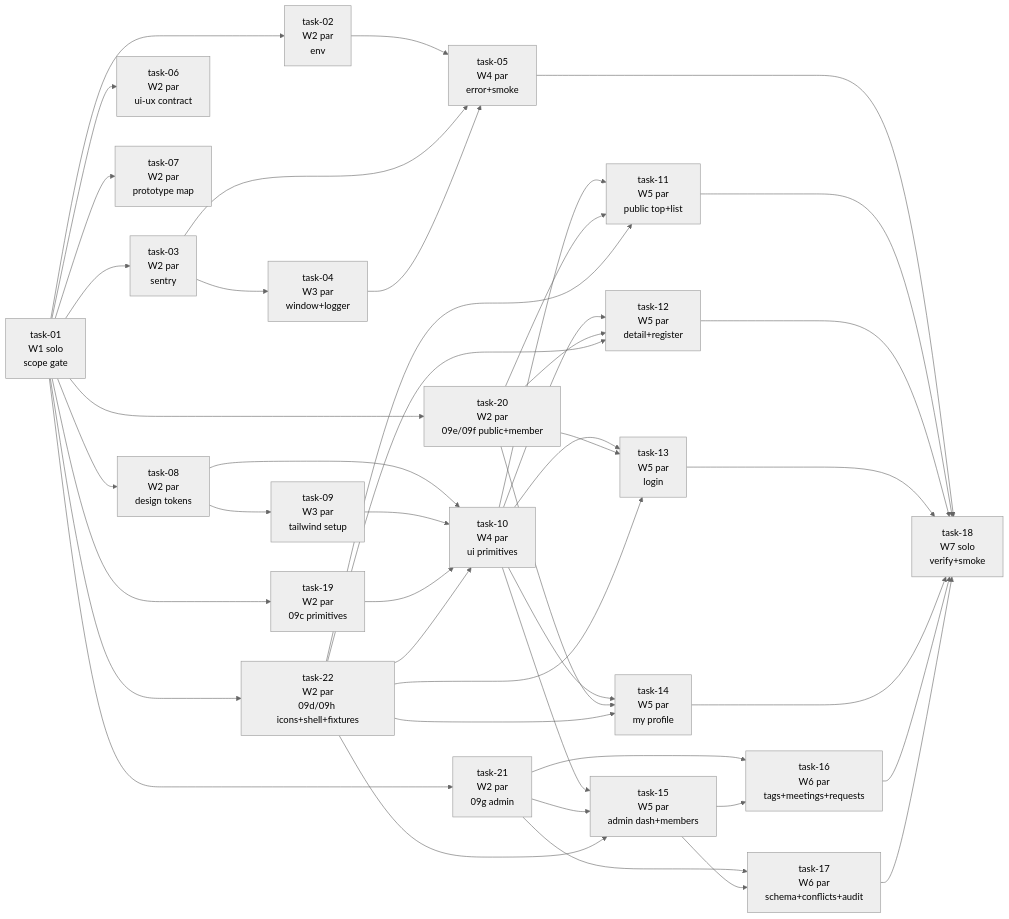
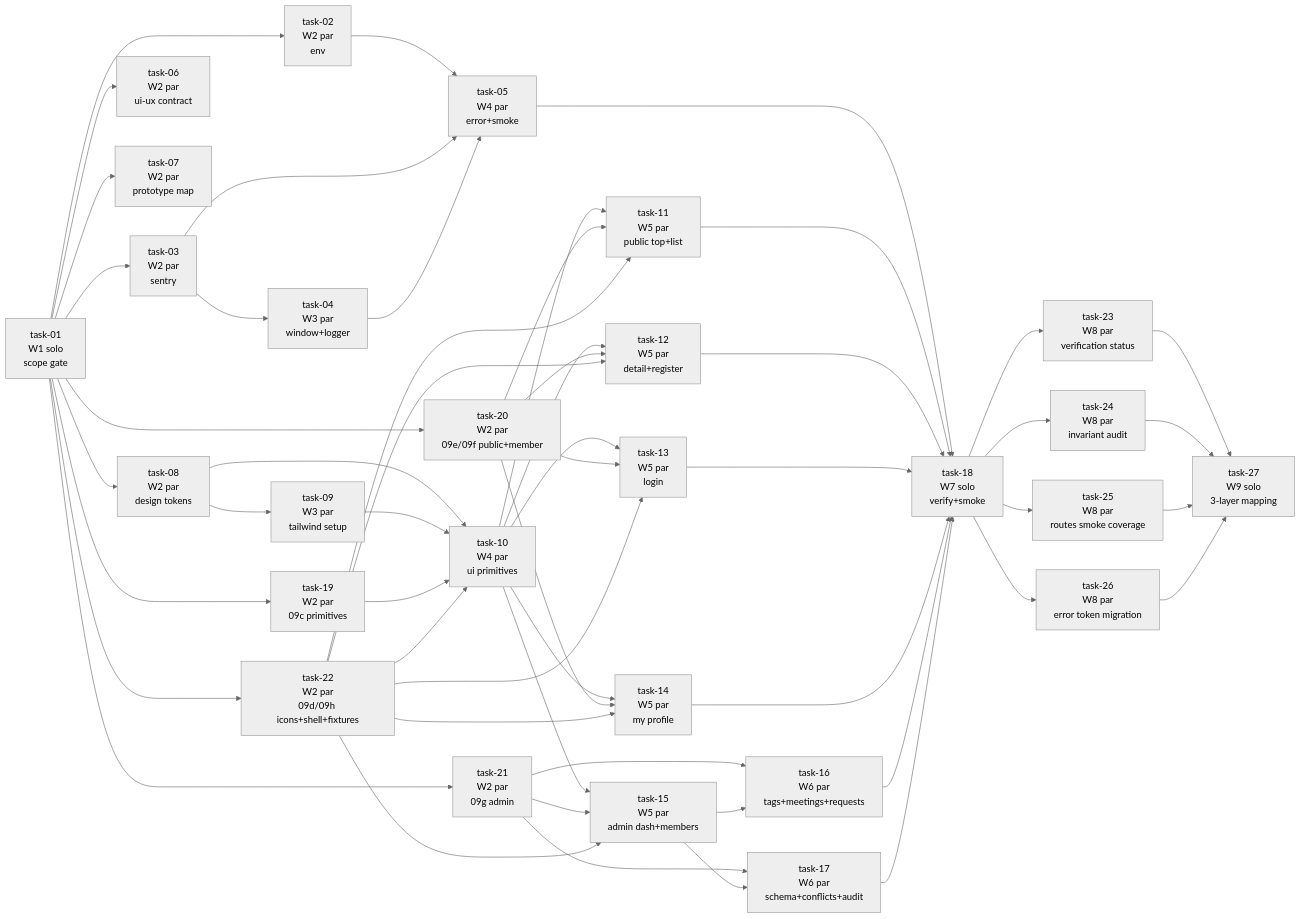
Before and after one commit to daishiman/UBM-Hyogo: the diagram in docs/30-workflows/completed-tasks/ui-prototype-alignment-mvp-recovery/EXECUTION-ORDER.md, drawn with Mermaid (neutral theme). The commit also changed other lines of this file and 59 other files, not shown here.

First line of the commit message:
docs(task-24): sync invariant audit spec deliverables

````diff
--- a/docs/30-workflows/completed-tasks/ui-prototype-alignment-mvp-recovery/EXECUTION-ORDER.md
+++ b/docs/30-workflows/completed-tasks/ui-prototype-alignment-mvp-recovery/EXECUTION-ORDER.md
@@ -93,44 +104,51 @@
 ```mermaid
 flowchart LR
   T01[task-01<br/>W1 solo<br/>scope gate]
 
   T02[task-02<br/>W2 par<br/>env]
   T03[task-03<br/>W2 par<br/>sentry]
   T06[task-06<br/>W2 par<br/>ui-ux contract]
   T07[task-07<br/>W2 par<br/>prototype map]
   T08[task-08<br/>W2 par<br/>design tokens]
   T19[task-19<br/>W2 par<br/>09c primitives]
   T20[task-20<br/>W2 par<br/>09e/09f public+member]
   T21[task-21<br/>W2 par<br/>09g admin]
   T22[task-22<br/>W2 par<br/>09d/09h icons+shell+fixtures]
 
   T04[task-04<br/>W3 par<br/>window+logger]
   T09[task-09<br/>W3 par<br/>tailwind setup]
 
   T05[task-05<br/>W4 par<br/>error+smoke]
   T10[task-10<br/>W4 par<br/>ui primitives]
 
   T11[task-11<br/>W5 par<br/>public top+list]
   T12[task-12<br/>W5 par<br/>detail+register]
   T13[task-13<br/>W5 par<br/>login]
   T14[task-14<br/>W5 par<br/>my profile]
   T15[task-15<br/>W5 par<br/>admin dash+members]
 
   T16[task-16<br/>W6 par<br/>tags+meetings+requests]
   T17[task-17<br/>W6 par<br/>schema+conflicts+audit]
 
   T18[task-18<br/>W7 solo<br/>verify+smoke]
+  T23[task-23<br/>W8 par<br/>verification status]
+  T24[task-24<br/>W8 par<br/>invariant audit]
+  T25[task-25<br/>W8 par<br/>routes smoke coverage]
+  T26[task-26<br/>W8 par<br/>error token migration]
+  T27[task-27<br/>W9 solo<br/>3-layer mapping]
 
   T01 --> T02 & T03 & T06 & T07 & T08 & T19 & T20 & T21 & T22
   T03 --> T04
   T08 --> T09
   T02 & T03 & T04 --> T05
   T08 & T09 --> T10
   T19 & T22 --> T10
   T10 --> T11 & T12 & T13 & T14 & T15
   T20 --> T11 & T12 & T13 & T14
   T21 --> T15 & T16 & T17
   T22 --> T11 & T12 & T13 & T14 & T15
   T15 --> T16 & T17
   T05 & T11 & T12 & T13 & T14 & T16 & T17 --> T18
+  T18 --> T23 & T24 & T25 & T26
+  T23 & T24 & T25 & T26 --> T27
 ```
````
